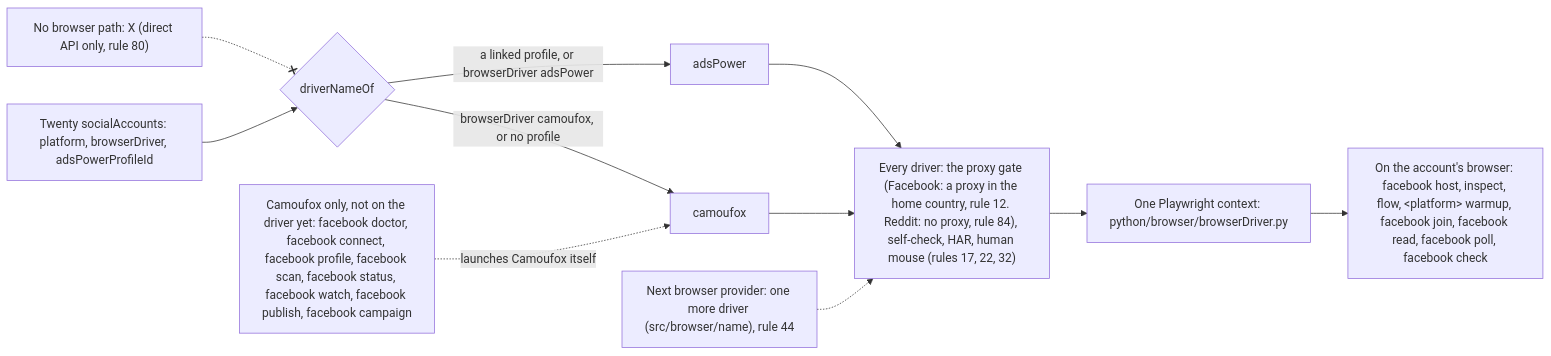
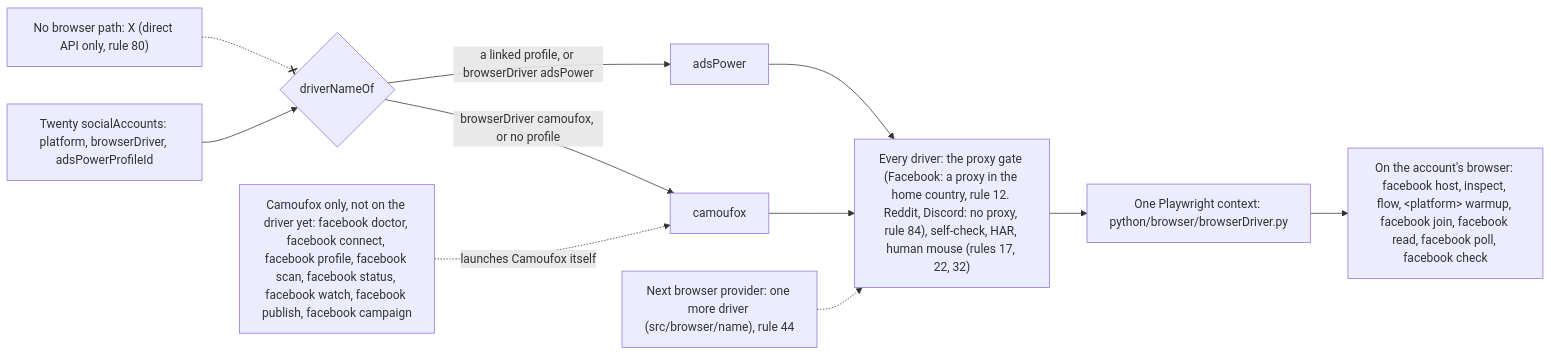
The diagram in docs/diagrams/browsers.mmd (matthewdonsemail-lab/log), drawn with Mermaid before and after one commit. The commit also changed 28 other files, not shown here.

```diff
--- a/docs/diagrams/browsers.mmd
+++ b/docs/diagrams/browsers.mmd
@@ -1,19 +1,19 @@
 %% The browser layer. log-cli is browser-agnostic: each account's browser is a driver picked from Twenty, AdsPower first, and every driver opens through the same gates. Whether the gate needs a proxy is the platform's (`PLATFORM_SITES`). From `BROWSER_DRIVERS` (`src/browser/driver`) and `commandBrowser` (`src/browser/run`).
 %% Written by `bun run docs:build` from the code (rule 56). Not edited by hand.
 flowchart LR
   twenty["Twenty socialAccounts: platform, browserDriver, adsPowerProfileId"]
   pick{"driverNameOf"}
-  gates["Every driver: the proxy gate (Facebook: a proxy in the home country, rule 12. Reddit: no proxy, rule 84), self-check, HAR, human mouse (rules 17, 22, 32)"]
+  gates["Every driver: the proxy gate (Facebook: a proxy in the home country, rule 12. Reddit, Discord: no proxy, rule 84), self-check, HAR, human mouse (rules 17, 22, 32)"]
   session["One Playwright context: python/browser/browserDriver.py"]
   twenty --> pick
   pick -->|"browserDriver camoufox, or no profile"| d_camoufox["camoufox"]
   pick -->|"a linked profile, or browserDriver adsPower"| d_adsPower["adsPower"]
   d_camoufox --> gates
   d_adsPower --> gates
   more["Next browser provider: one more driver (src/browser/name), rule 44"] -.-> gates
   gates --> session
   account["On the account's browser: facebook host, inspect, flow, #lt;platform#gt; warmup, facebook join, facebook read, facebook poll, facebook check"]
   camoufox["Camoufox only, not on the driver yet: facebook doctor, facebook connect, facebook profile, facebook scan, facebook status, facebook watch, facebook publish, facebook campaign"]
   session --> account
   camoufox -.->|"launches Camoufox itself"| d_camoufox
   nobrowser["No browser path: X (direct API only, rule 80)"] -.-x pick
```
